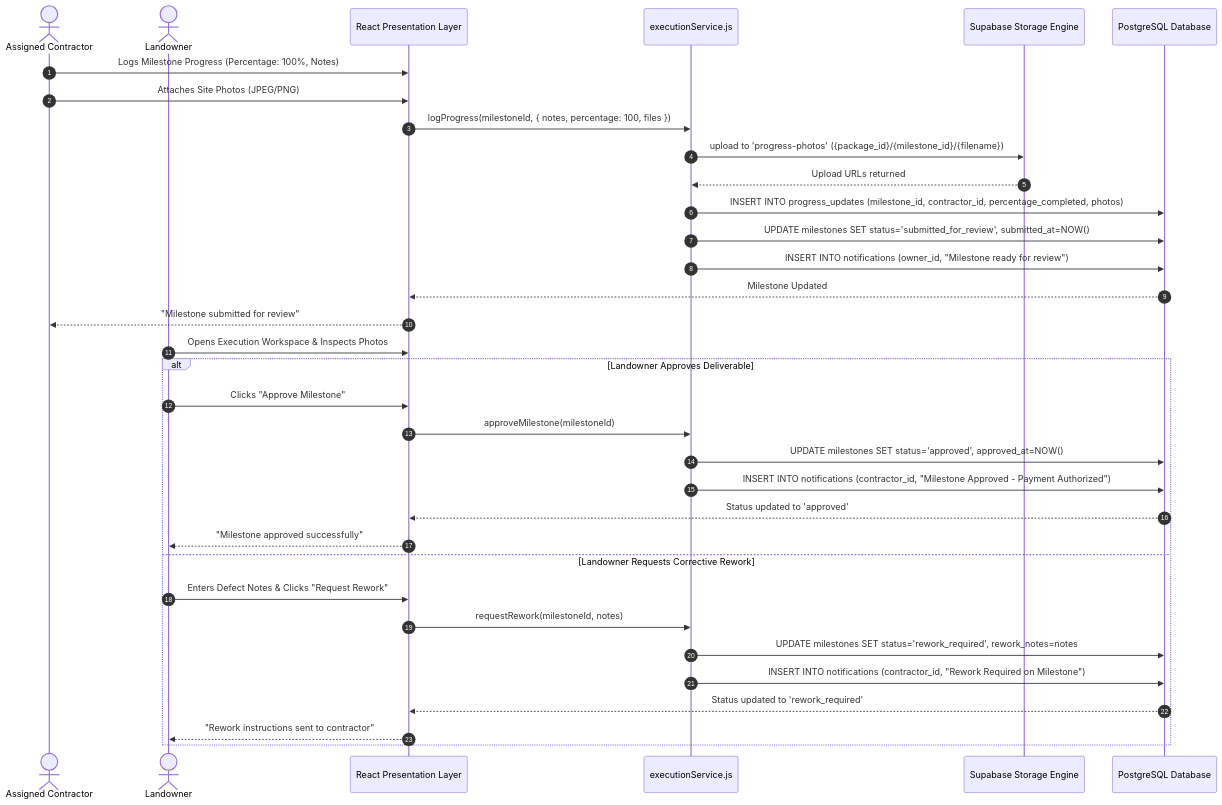
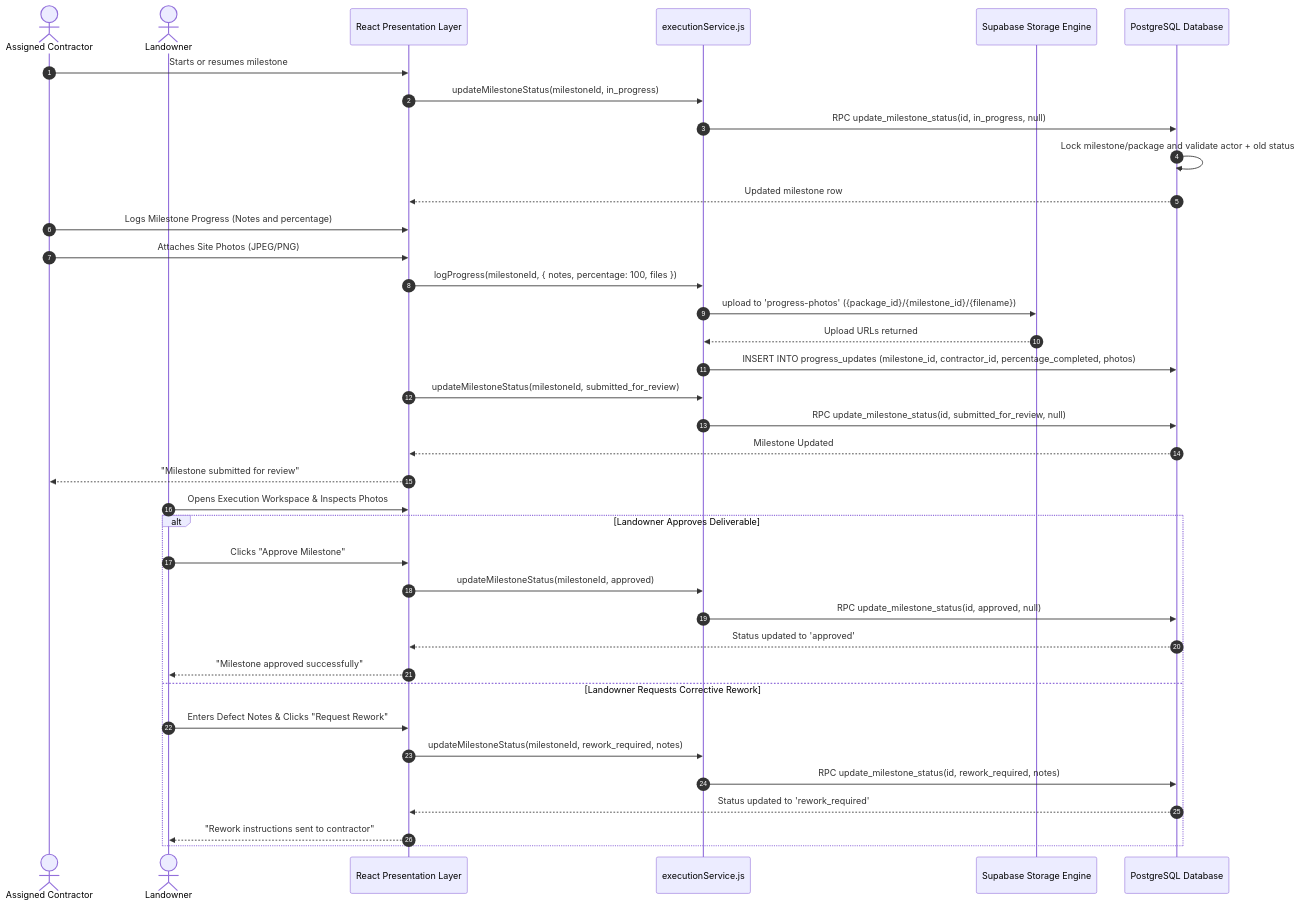
Before and after one commit to Mahmoud-ELsayed520/BuildMatch: the sixth of 9 diagrams in docs/03-system-design/09-sequence-diagrams.md, drawn with Mermaid. The commit also changed 45 other files, not shown here.

````diff
--- a/docs/03-system-design/09-sequence-diagrams.md
+++ b/docs/03-system-design/09-sequence-diagrams.md
@@ -254,38 +254,41 @@
 ```mermaid
 sequenceDiagram
   autonumber
   actor Contractor as Assigned Contractor
   actor Landowner as Landowner
   participant UI as React Presentation Layer
   participant ExecSvc as executionService.js
   participant StorageAPI as Supabase Storage Engine
   participant DB as PostgreSQL Database
 
-  Contractor->>UI: Logs Milestone Progress (Percentage: 100%, Notes)
+  Contractor->>UI: Starts or resumes milestone
+  UI->>ExecSvc: updateMilestoneStatus(milestoneId, in_progress)
+  ExecSvc->>DB: RPC update_milestone_status(id, in_progress, null)
+  DB->>DB: Lock milestone/package and validate actor + old status
+  DB-->>UI: Updated milestone row
+  Contractor->>UI: Logs Milestone Progress (Notes and percentage)
   Contractor->>UI: Attaches Site Photos (JPEG/PNG)
   UI->>ExecSvc: logProgress(milestoneId, { notes, percentage: 100, files })
   ExecSvc->>StorageAPI: upload to 'progress-photos' ({package_id}/{milestone_id}/{filename})
   StorageAPI-->>ExecSvc: Upload URLs returned
   ExecSvc->>DB: INSERT INTO progress_updates (milestone_id, contractor_id, percentage_completed, photos)
-  ExecSvc->>DB: UPDATE milestones SET status='submitted_for_review', submitted_at=NOW()
-  ExecSvc->>DB: INSERT INTO notifications (owner_id, "Milestone ready for review")
+  UI->>ExecSvc: updateMilestoneStatus(milestoneId, submitted_for_review)
+  ExecSvc->>DB: RPC update_milestone_status(id, submitted_for_review, null)
   DB-->>UI: Milestone Updated
   UI-->>Contractor: "Milestone submitted for review"
 
   Landowner->>UI: Opens Execution Workspace & Inspects Photos
   alt Landowner Approves Deliverable
     Landowner->>UI: Clicks "Approve Milestone"
-    UI->>ExecSvc: approveMilestone(milestoneId)
-    ExecSvc->>DB: UPDATE milestones SET status='approved', approved_at=NOW()
-    ExecSvc->>DB: INSERT INTO notifications (contractor_id, "Milestone Approved - Payment Authorized")
+    UI->>ExecSvc: updateMilestoneStatus(milestoneId, approved)
+    ExecSvc->>DB: RPC update_milestone_status(id, approved, null)
     DB-->>UI: Status updated to 'approved'
     UI-->>Landowner: "Milestone approved successfully"
   else Landowner Requests Corrective Rework
     Landowner->>UI: Enters Defect Notes & Clicks "Request Rework"
-    UI->>ExecSvc: requestRework(milestoneId, notes)
-    ExecSvc->>DB: UPDATE milestones SET status='rework_required', rework_notes=notes
-    ExecSvc->>DB: INSERT INTO notifications (contractor_id, "Rework Required on Milestone")
+    UI->>ExecSvc: updateMilestoneStatus(milestoneId, rework_required, notes)
+    ExecSvc->>DB: RPC update_milestone_status(id, rework_required, notes)
     DB-->>UI: Status updated to 'rework_required'
     UI-->>Landowner: "Rework instructions sent to contractor"
   end
 ```
````
